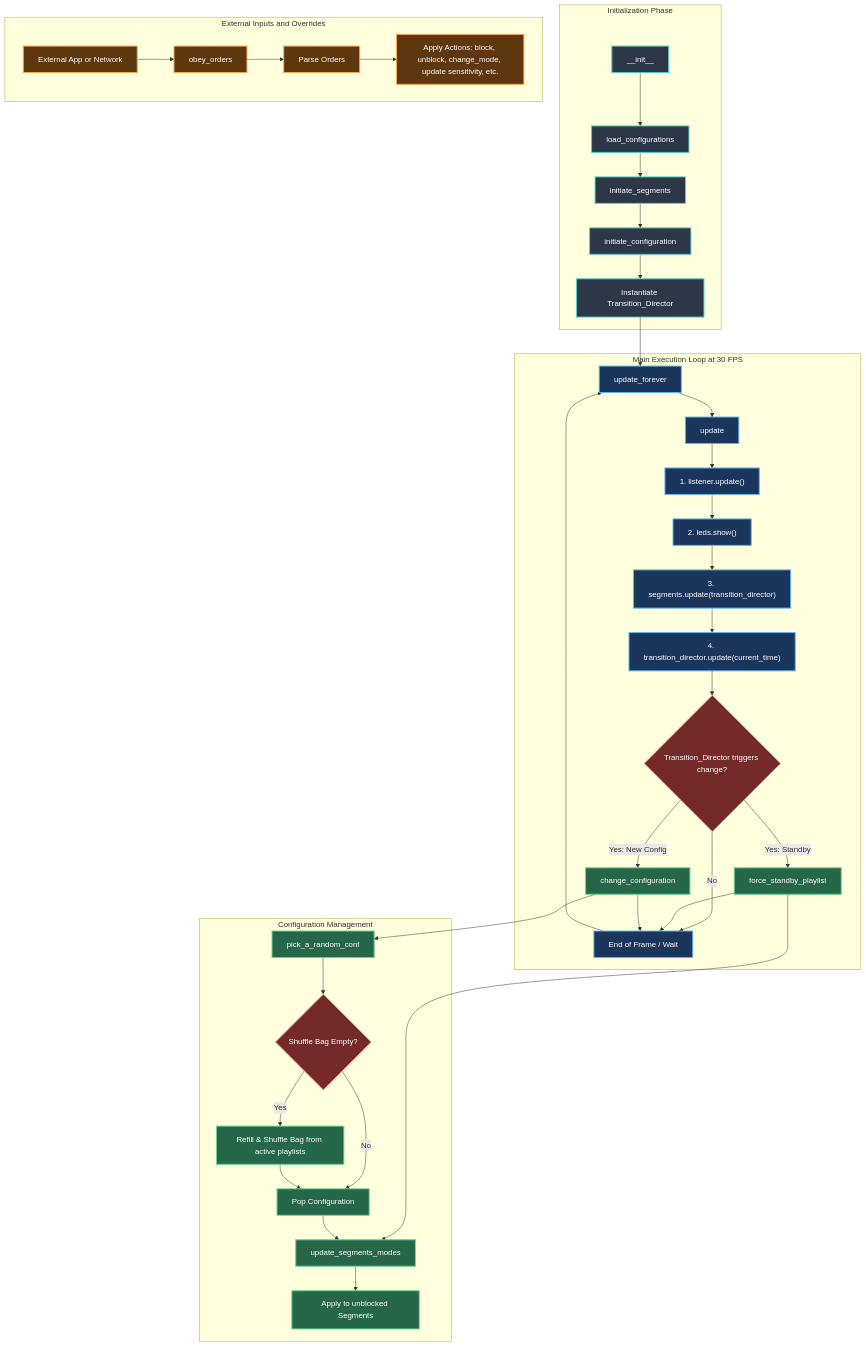
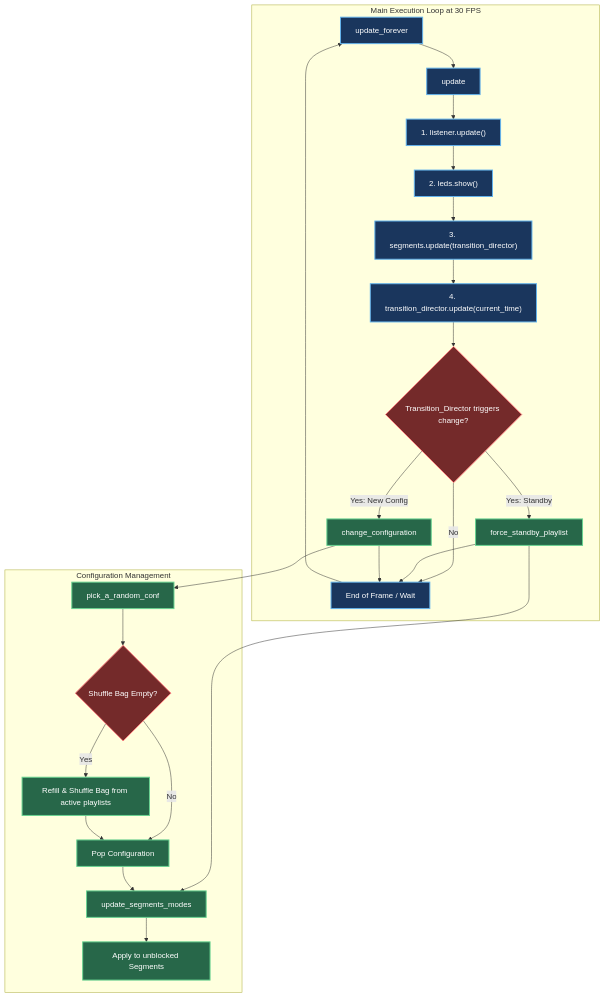
Before and after one commit to LucRobey/vialactee: the second of 3 diagrams in core/mode_master.md, drawn with Mermaid. The commit also changed 2 other files, not shown here.

Commit message:
uniformisation py.md

````diff
--- a/core/mode_master.md
+++ b/core/mode_master.md
@@ -7,81 +29,53 @@
 ```mermaid
 graph TD
-    classDef init fill:#2d3748,stroke:#4fd1c5,stroke-width:2px,color:#fff;
     classDef loop fill:#1a365d,stroke:#63b3ed,stroke-width:2px,color:#fff;
     classDef decision fill:#742a2a,stroke:#fc8181,stroke-width:2px,color:#fff;
     classDef action fill:#276749,stroke:#68d391,stroke-width:2px,color:#fff;
-    classDef external fill:#5f370e,stroke:#f6ad55,stroke-width:2px,color:#fff;
-
-    subgraph init_phase [Initialization Phase]
-        A[__init__]:::init
-        B[load_configurations]:::init
-        C[initiate_segments]:::init
-        D[initiate_configuration]:::init
-        E[Instantiate Transition_Director]:::init
-        
-        A --> B
-        B --> C
-        C --> D
-        D --> E
-    end
 
     subgraph main_loop [Main Execution Loop at 30 FPS]
         F[update_forever]:::loop
         G[update]:::loop
         H["1. listener.update()"]:::loop
         I["2. leds.show()"]:::loop
         J["3. segments.update(transition_director)"]:::loop
         K["4. transition_director.update(current_time)"]:::loop
         L{"Transition_Director triggers change?"}:::decision
         M[force_standby_playlist]:::action
         N[change_configuration]:::action
         P[End of Frame / Wait]:::loop
         
         F --> G
         G --> H
         H --> I
         I --> J
         J --> K
         K --> L
         
         L -->|Yes: Standby| M
         L -->|Yes: New Config| N
         L -->|No| P
         
         M --> P
         N --> P
         P --> F
     end
 
-    E --> F
-
     subgraph config_management [Configuration Management]
         Q[pick_a_random_conf]:::action
         R{"Shuffle Bag Empty?"}:::decision
         S["Refill & Shuffle Bag from active playlists"]:::action
         T[Pop Configuration]:::action
         U[update_segments_modes]:::action
         V[Apply to unblocked Segments]:::action
         
         N --> Q
         M --> U
         
         Q --> R
         R -->|Yes| S
         R -->|No| T
         S --> T
         T --> U
         U --> V
     end
-
-    subgraph external_inputs [External Inputs and Overrides]
-        W[External App or Network]:::external
-        X[obey_orders]:::external
-        Y[Parse Orders]:::external
-        Z["Apply Actions: block, unblock, change_mode, update sensitivity, etc."]:::external
-        
-        W --> X
-        X --> Y
-        Y --> Z
-    end
 ```
````
